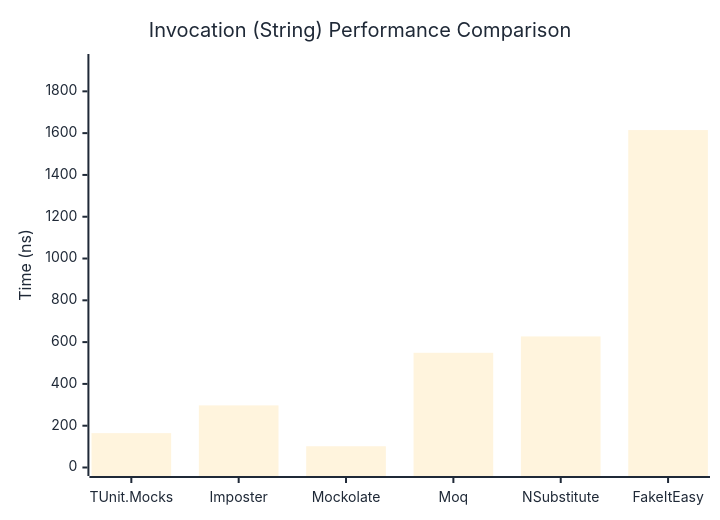
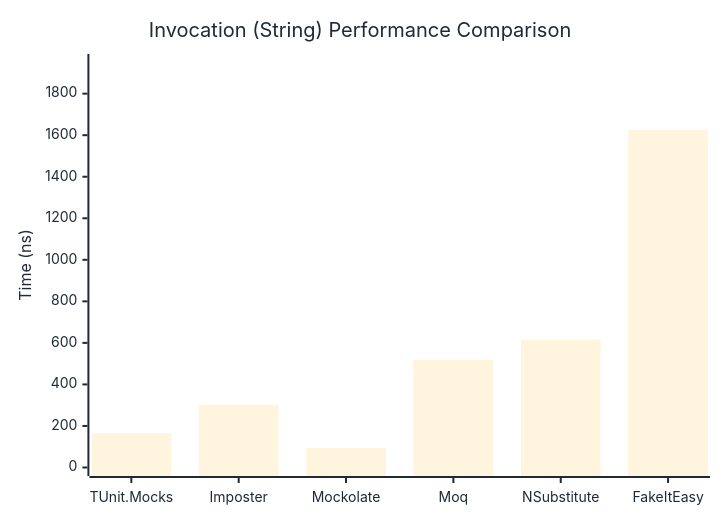
The second of 3 diagrams in docs/docs/benchmarks/mocks/Invocation.md (thomhurst/TUnit), drawn with Mermaid before and after one commit. The commit also changed other lines of this file and 14 other files, not shown here.

````diff
--- a/docs/docs/benchmarks/mocks/Invocation.md
+++ b/docs/docs/benchmarks/mocks/Invocation.md
@@ -71,27 +71,27 @@
 ```mermaid
 %%{init: {
   'theme':'base',
   'themeVariables': {
     'primaryColor': '#2563eb',
     'primaryTextColor': '#1f2937',
     'primaryBorderColor': '#1e40af',
     'lineColor': '#6b7280',
     'secondaryColor': '#7c3aed',
     'tertiaryColor': '#dc2626',
     'background': '#ffffff',
     'pie1': '#2563eb',
     'pie2': '#7c3aed',
     'pie3': '#dc2626',
     'pie4': '#f59e0b',
     'pie5': '#10b981',
     'pie6': '#06b6d4',
     'pie7': '#ec4899',
     'pie8': '#6366f1'
   }
 }}%%
 xychart-beta
   title "Invocation (String) Performance Comparison"
   x-axis ["TUnit.Mocks", "Imposter", "Mockolate", "Moq", "NSubstitute", "FakeItEasy"]
-  y-axis "Time (ns)" 0 --> 1938
-  bar [164.5, 297.2, 101.7, 548.9, 627.2, 1614.7]
+  y-axis "Time (ns)" 0 --> 1950
+  bar [164.75, 302.3, 93.96, 518.41, 615.5, 1624.58]
 ```
````
